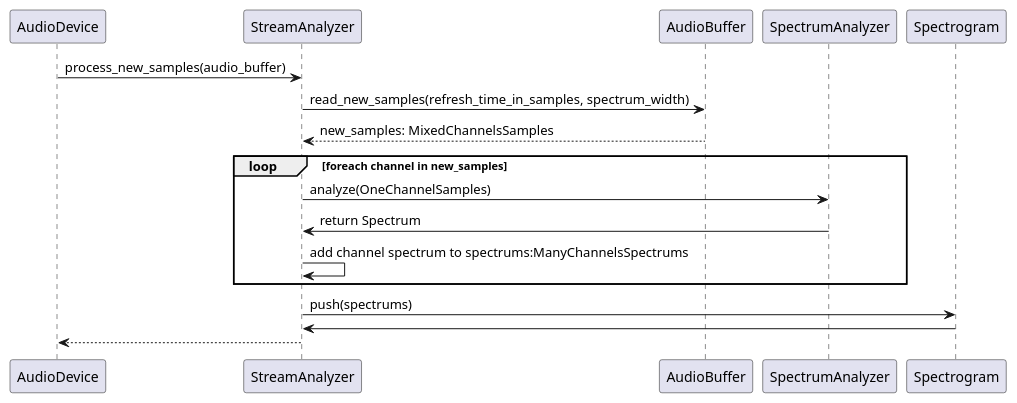
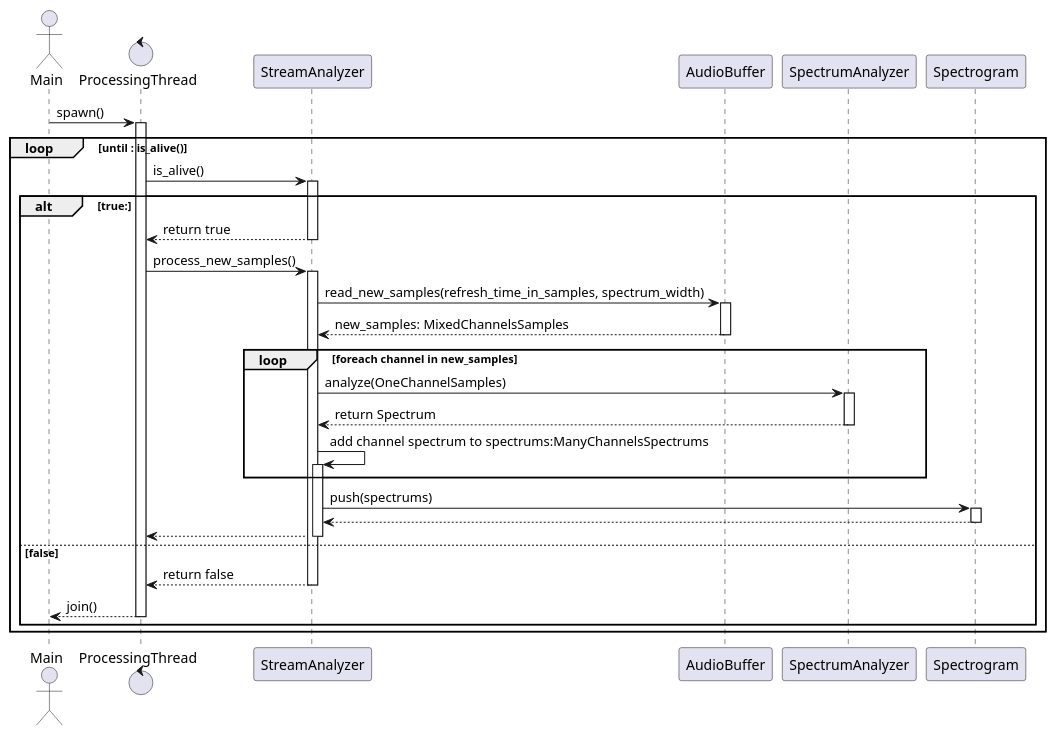
The diagram in diagrams/stream_analyzer.puml (walkiewicz125/RtAudioEffect), drawn with PlantUML before and after one commit. The commit also changed 5 other files, not shown here.

Commit message:
update diagrams

```diff
--- a/diagrams/stream_analyzer.puml
+++ b/diagrams/stream_analyzer.puml
@@ -1,19 +1,34 @@
 @startuml "processing new samples"
+autoactivate on
 
-AudioDevice -> StreamAnalyzer : process_new_samples(audio_buffer)
+actor Main
+control ProcessingThread as Thread
 
-StreamAnalyzer -> AudioBuffer : read_new_samples(refresh_time_in_samples, spectrum_width)
-StreamAnalyzer <-- AudioBuffer : new_samples: MixedChannelsSamples
+Main -> Thread : spawn()
+loop until : is_alive()
+    Thread -> StreamAnalyzer : is_alive()
+    alt true:
+        Thread <-- StreamAnalyzer : return true
+        Thread -> StreamAnalyzer : process_new_samples()
+        StreamAnalyzer -> AudioBuffer : read_new_samples(refresh_time_in_samples, spectrum_width)
+        StreamAnalyzer <-- AudioBuffer : new_samples: MixedChannelsSamples
 
-loop foreach channel in new_samples
-StreamAnalyzer -> SpectrumAnalyzer : analyze(OneChannelSamples)
-StreamAnalyzer <- SpectrumAnalyzer : return Spectrum
-StreamAnalyzer -> StreamAnalyzer : add channel spectrum to spectrums:ManyChannelsSpectrums
+        loop foreach channel in new_samples
+        StreamAnalyzer -> SpectrumAnalyzer : analyze(OneChannelSamples)
+        StreamAnalyzer <-- SpectrumAnalyzer : return Spectrum
+        StreamAnalyzer -> StreamAnalyzer : add channel spectrum to spectrums:ManyChannelsSpectrums
+        end
+
+        StreamAnalyzer -> Spectrogram : push(spectrums)
+        StreamAnalyzer <-- Spectrogram
+
+        Thread <-- StreamAnalyzer
+    else false
+        Thread <-- StreamAnalyzer : return false
+        Main <-- Thread : join()
+    end
 end
 
-StreamAnalyzer -> Spectrogram : push(spectrums)
-StreamAnalyzer <- Spectrogram
 
-AudioDevice <-- StreamAnalyzer
 
 @enduml
```
